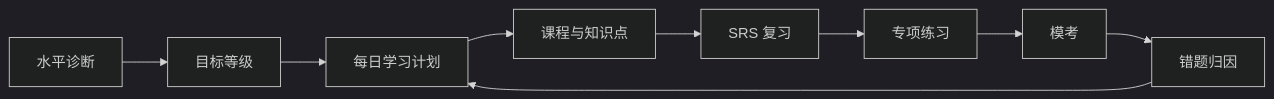
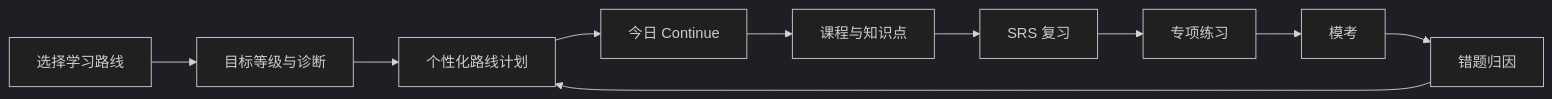
The diagram in docs/project/01-product-plan.md (yylzhixian/hskwise), drawn with Mermaid (dark theme) before and after one commit. The commit also changed other lines of this file and 10 other files, not shown here.

Commit message:
wip: db schema

````diff
--- a/docs/project/01-product-plan.md
+++ b/docs/project/01-product-plan.md
@@ -46,11 +59,12 @@
 ```mermaid
 flowchart LR
-  A["水平诊断"] --> B["目标等级"]
-  B --> C["每日学习计划"]
-  C --> D["课程与知识点"]
-  D --> E["SRS 复习"]
-  E --> F["专项练习"]
-  F --> G["模考"]
-  G --> H["错题归因"]
-  H --> C
+  A["选择学习路线"] --> B["目标等级与诊断"]
+  B --> C["个性化路线计划"]
+  C --> D["今日 Continue"]
+  D --> E["课程与知识点"]
+  E --> F["SRS 复习"]
+  F --> G["专项练习"]
+  G --> H["模考"]
+  H --> I["错题归因"]
+  I --> C
 ```
````
